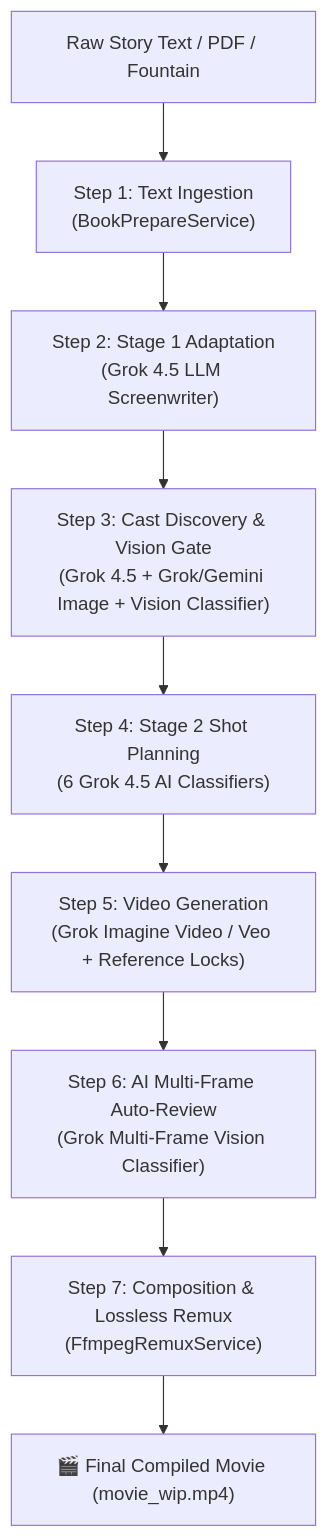
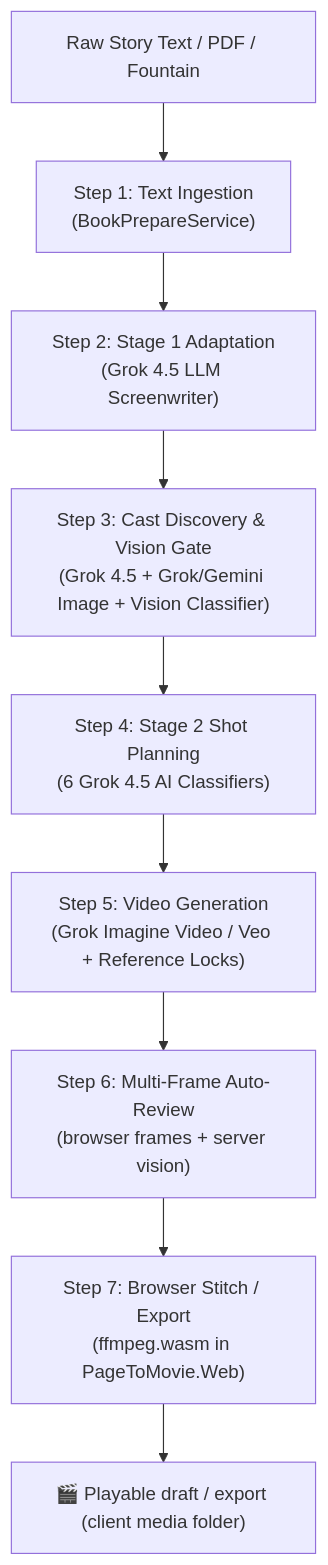
One commit to budcribar/FilmStudio changed the diagram in README.md. Above: the diagram before and after it, drawn with Mermaid. The commit also changed other lines of this file and 30 other files, not shown here.

First line of the commit message:
chore: drop LocalWorkerPool/MaxFfmpegInFlight; finish client-media cleanup.

````diff
--- a/README.md
+++ b/README.md
@@ -75,11 +75,11 @@
 ```mermaid
 flowchart TD
     A["Raw Story Text / PDF / Fountain"] --> B["Step 1: Text Ingestion\n(BookPrepareService)"]
     B --> C["Step 2: Stage 1 Adaptation\n(Grok 4.5 LLM Screenwriter)"]
     C --> D["Step 3: Cast Discovery & Vision Gate\n(Grok 4.5 + Grok/Gemini Image + Vision Classifier)"]
     D --> E["Step 4: Stage 2 Shot Planning\n(6 Grok 4.5 AI Classifiers)"]
     E --> F["Step 5: Video Generation\n(Grok Imagine Video / Veo + Reference Locks)"]
-    F --> G["Step 6: AI Multi-Frame Auto-Review\n(Grok Multi-Frame Vision Classifier)"]
-    G --> H["Step 7: Composition & Lossless Remux\n(FfmpegRemuxService)"]
-    H --> I["🎬 Final Compiled Movie (movie_wip.mp4)"]
+    F --> G["Step 6: Multi-Frame Auto-Review\n(browser frames + server vision)"]
+    G --> H["Step 7: Browser Stitch / Export\n(ffmpeg.wasm in PageToMovie.Web)"]
+    H --> I["🎬 Playable draft / export (client media folder)"]
 ```
````
